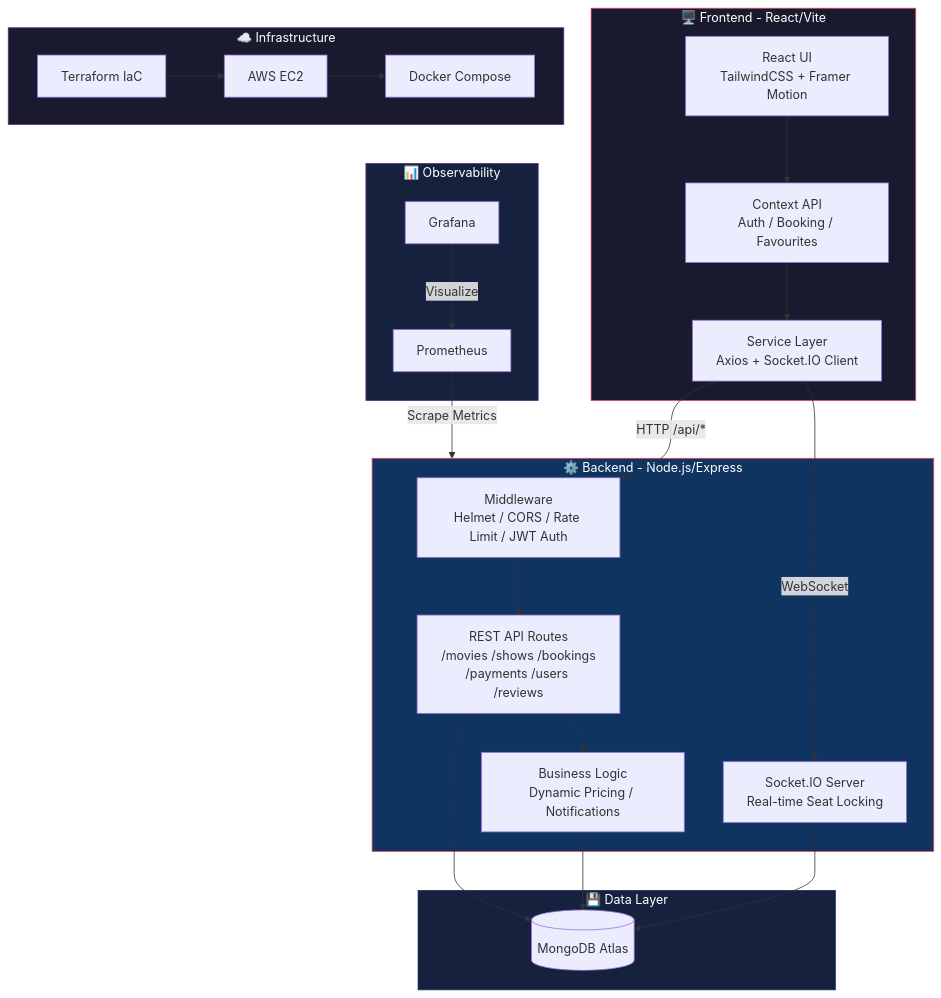
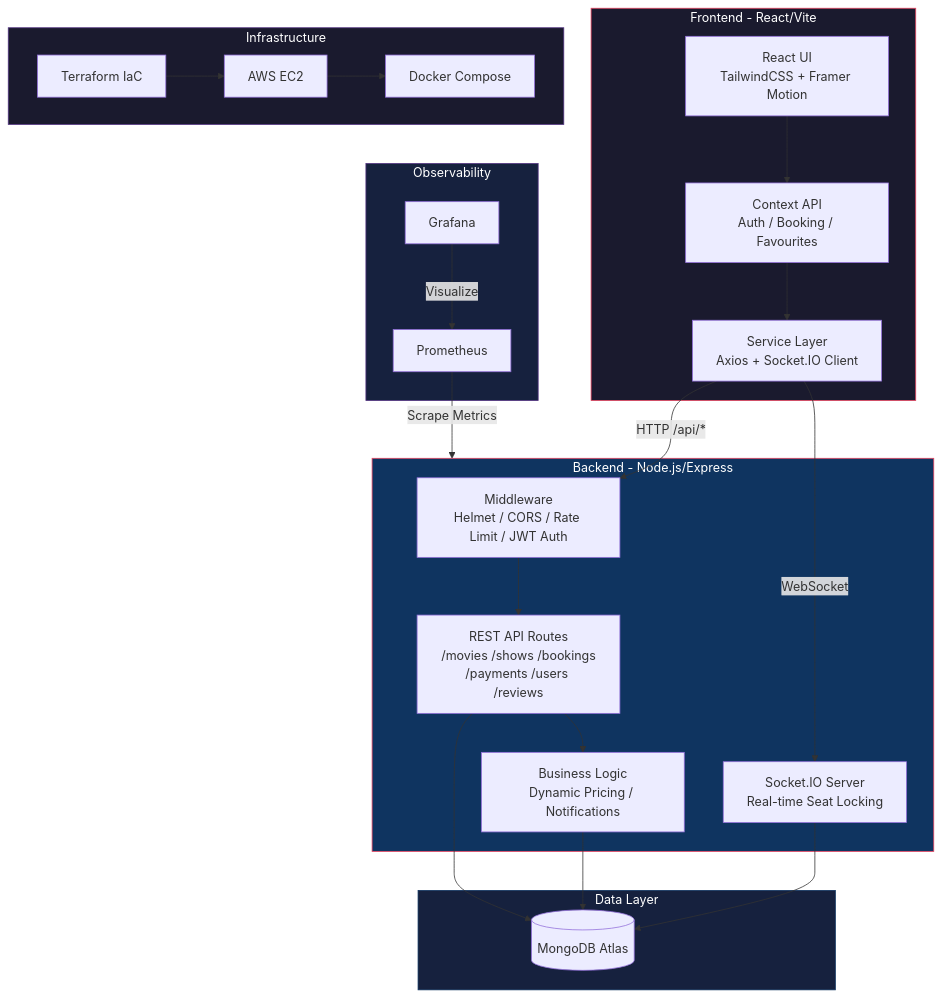
The first of 7 diagrams in README.md (Ntharusha/Lankan-Primire), drawn with Mermaid before and after one commit. The commit also changed other lines of this file and 16 other files, not shown here.

````diff
--- a/README.md
+++ b/README.md
@@ -31,45 +44,45 @@
 ```mermaid
 graph TB
-    subgraph Client["🖥️ Frontend - React/Vite"]
+    subgraph Client["Frontend - React/Vite"]
         UI[React UI<br/>TailwindCSS + Framer Motion]
         CTX[Context API<br/>Auth / Booking / Favourites]
         SVC[Service Layer<br/>Axios + Socket.IO Client]
     end
 
-    subgraph Server["⚙️ Backend - Node.js/Express"]
+    subgraph Server["Backend - Node.js/Express"]
         MW[Middleware<br/>Helmet / CORS / Rate Limit / JWT Auth]
         API[REST API Routes<br/>/movies /shows /bookings<br/>/payments /users /reviews]
         WS[Socket.IO Server<br/>Real-time Seat Locking]
         BL[Business Logic<br/>Dynamic Pricing / Notifications]
     end
 
-    subgraph Data["💾 Data Layer"]
+    subgraph Data["Data Layer"]
         DB[(MongoDB Atlas)]
     end
 
-    subgraph Infra["☁️ Infrastructure"]
+    subgraph Infra["Infrastructure"]
         EC2[AWS EC2]
         TF[Terraform IaC]
         DOCKER[Docker Compose]
     end
 
-    subgraph Monitoring["📊 Observability"]
+    subgraph Monitoring["Observability"]
         PROM[Prometheus]
         GRAF[Grafana]
     end
 
     UI --> CTX --> SVC
     SVC -- "HTTP /api/*" --> MW --> API --> DB
     SVC -- "WebSocket" --> WS --> DB
     API --> BL --> DB
     EC2 --> DOCKER
     TF --> EC2
     PROM -- "Scrape Metrics" --> Server
     GRAF -- "Visualize" --> PROM
 
     style Client fill:#1a1a2e,stroke:#e94560,color:#fff
     style Server fill:#0f3460,stroke:#e94560,color:#fff
     style Data fill:#16213e,stroke:#0f3460,color:#fff
     style Infra fill:#1a1a2e,stroke:#533483,color:#fff
     style Monitoring fill:#16213e,stroke:#533483,color:#fff
 ```
````
